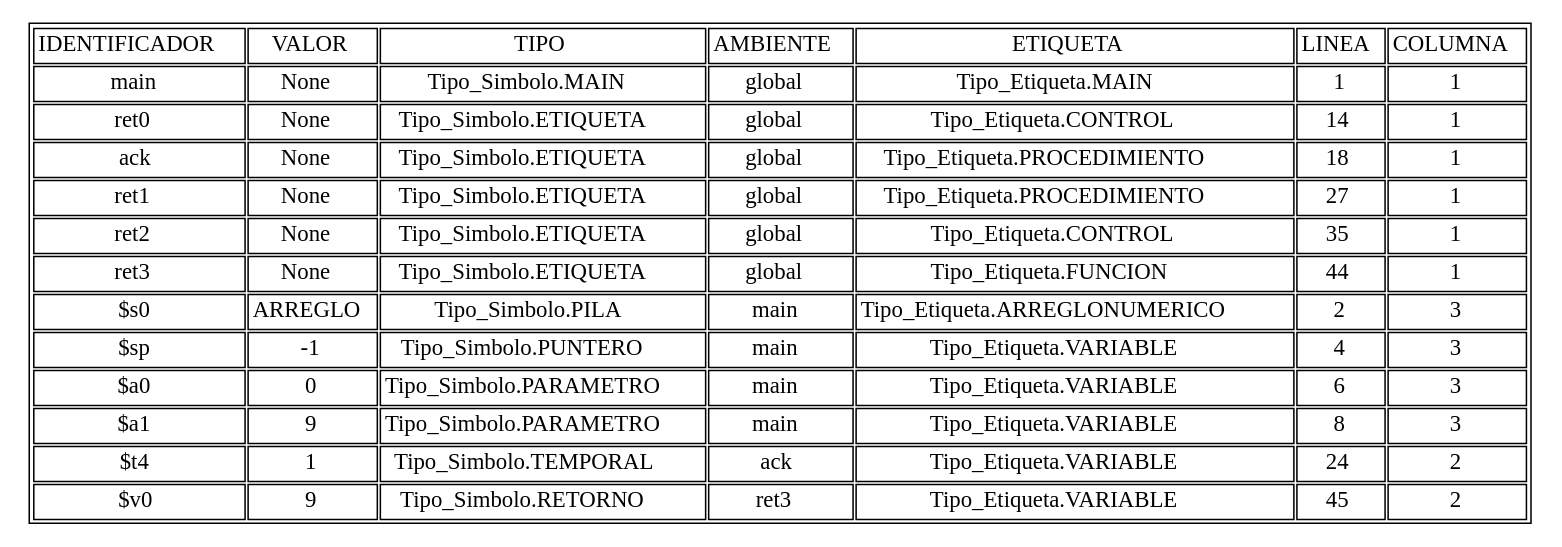
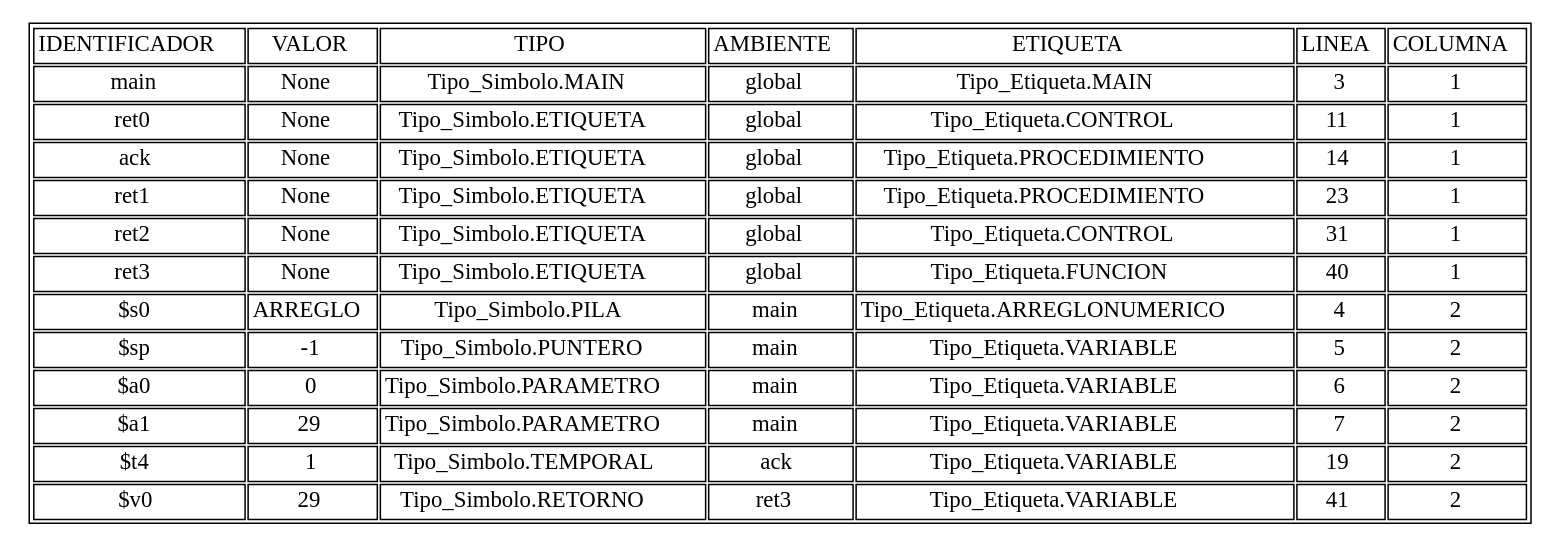
One commit to AndreeAvalos/OLC2-AUGUS changed the diagram in tablasimbolos.dot. Above: the diagram before and after it, drawn with Graphviz. The commit also changed 15 other files, not shown here.

```diff
--- a/tablasimbolos.dot
+++ b/tablasimbolos.dot
@@ -1,20 +1,20 @@
 digraph tabla{
 graph [ratio=fill];node [label="\N", fontsize=15, shape=plaintext];
 graph [bb="0,0,352,154"];
 arset [label=<<TABLE ALIGN="LEFT">
 <TR><TD>IDENTIFICADOR</TD><TD>VALOR</TD><TD>TIPO</TD><TD>AMBIENTE</TD><TD>ETIQUETA</TD><TD>LINEA</TD><TD>COLUMNA</TD></TR>
-<TR><TD>main</TD><TD>None</TD><TD>Tipo_Simbolo.MAIN</TD><TD>global</TD><TD>Tipo_Etiqueta.MAIN</TD><TD>1</TD><TD>1</TD></TR>
-<TR><TD>ret0</TD><TD>None</TD><TD>Tipo_Simbolo.ETIQUETA</TD><TD>global</TD><TD>Tipo_Etiqueta.CONTROL</TD><TD>14</TD><TD>1</TD></TR>
-<TR><TD>ack</TD><TD>None</TD><TD>Tipo_Simbolo.ETIQUETA</TD><TD>global</TD><TD>Tipo_Etiqueta.PROCEDIMIENTO</TD><TD>18</TD><TD>1</TD></TR>
-<TR><TD>ret1</TD><TD>None</TD><TD>Tipo_Simbolo.ETIQUETA</TD><TD>global</TD><TD>Tipo_Etiqueta.PROCEDIMIENTO</TD><TD>27</TD><TD>1</TD></TR>
-<TR><TD>ret2</TD><TD>None</TD><TD>Tipo_Simbolo.ETIQUETA</TD><TD>global</TD><TD>Tipo_Etiqueta.CONTROL</TD><TD>35</TD><TD>1</TD></TR>
-<TR><TD>ret3</TD><TD>None</TD><TD>Tipo_Simbolo.ETIQUETA</TD><TD>global</TD><TD>Tipo_Etiqueta.FUNCION</TD><TD>44</TD><TD>1</TD></TR>
-<TR><TD>$s0</TD><TD>ARREGLO</TD><TD>Tipo_Simbolo.PILA</TD><TD>main</TD><TD>Tipo_Etiqueta.ARREGLONUMERICO</TD><TD>2</TD><TD>3</TD></TR>
-<TR><TD>$sp</TD><TD>-1</TD><TD>Tipo_Simbolo.PUNTERO</TD><TD>main</TD><TD>Tipo_Etiqueta.VARIABLE</TD><TD>4</TD><TD>3</TD></TR>
-<TR><TD>$a0</TD><TD>0</TD><TD>Tipo_Simbolo.PARAMETRO</TD><TD>main</TD><TD>Tipo_Etiqueta.VARIABLE</TD><TD>6</TD><TD>3</TD></TR>
-<TR><TD>$a1</TD><TD>9</TD><TD>Tipo_Simbolo.PARAMETRO</TD><TD>main</TD><TD>Tipo_Etiqueta.VARIABLE</TD><TD>8</TD><TD>3</TD></TR>
-<TR><TD>$t4</TD><TD>1</TD><TD>Tipo_Simbolo.TEMPORAL</TD><TD>ack</TD><TD>Tipo_Etiqueta.VARIABLE</TD><TD>24</TD><TD>2</TD></TR>
-<TR><TD>$v0</TD><TD>9</TD><TD>Tipo_Simbolo.RETORNO</TD><TD>ret3</TD><TD>Tipo_Etiqueta.VARIABLE</TD><TD>45</TD><TD>2</TD></TR>
+<TR><TD>main</TD><TD>None</TD><TD>Tipo_Simbolo.MAIN</TD><TD>global</TD><TD>Tipo_Etiqueta.MAIN</TD><TD>3</TD><TD>1</TD></TR>
+<TR><TD>ret0</TD><TD>None</TD><TD>Tipo_Simbolo.ETIQUETA</TD><TD>global</TD><TD>Tipo_Etiqueta.CONTROL</TD><TD>11</TD><TD>1</TD></TR>
+<TR><TD>ack</TD><TD>None</TD><TD>Tipo_Simbolo.ETIQUETA</TD><TD>global</TD><TD>Tipo_Etiqueta.PROCEDIMIENTO</TD><TD>14</TD><TD>1</TD></TR>
+<TR><TD>ret1</TD><TD>None</TD><TD>Tipo_Simbolo.ETIQUETA</TD><TD>global</TD><TD>Tipo_Etiqueta.PROCEDIMIENTO</TD><TD>23</TD><TD>1</TD></TR>
+<TR><TD>ret2</TD><TD>None</TD><TD>Tipo_Simbolo.ETIQUETA</TD><TD>global</TD><TD>Tipo_Etiqueta.CONTROL</TD><TD>31</TD><TD>1</TD></TR>
+<TR><TD>ret3</TD><TD>None</TD><TD>Tipo_Simbolo.ETIQUETA</TD><TD>global</TD><TD>Tipo_Etiqueta.FUNCION</TD><TD>40</TD><TD>1</TD></TR>
+<TR><TD>$s0</TD><TD>ARREGLO</TD><TD>Tipo_Simbolo.PILA</TD><TD>main</TD><TD>Tipo_Etiqueta.ARREGLONUMERICO</TD><TD>4</TD><TD>2</TD></TR>
+<TR><TD>$sp</TD><TD>-1</TD><TD>Tipo_Simbolo.PUNTERO</TD><TD>main</TD><TD>Tipo_Etiqueta.VARIABLE</TD><TD>5</TD><TD>2</TD></TR>
+<TR><TD>$a0</TD><TD>0</TD><TD>Tipo_Simbolo.PARAMETRO</TD><TD>main</TD><TD>Tipo_Etiqueta.VARIABLE</TD><TD>6</TD><TD>2</TD></TR>
+<TR><TD>$a1</TD><TD>29</TD><TD>Tipo_Simbolo.PARAMETRO</TD><TD>main</TD><TD>Tipo_Etiqueta.VARIABLE</TD><TD>7</TD><TD>2</TD></TR>
+<TR><TD>$t4</TD><TD>1</TD><TD>Tipo_Simbolo.TEMPORAL</TD><TD>ack</TD><TD>Tipo_Etiqueta.VARIABLE</TD><TD>19</TD><TD>2</TD></TR>
+<TR><TD>$v0</TD><TD>29</TD><TD>Tipo_Simbolo.RETORNO</TD><TD>ret3</TD><TD>Tipo_Etiqueta.VARIABLE</TD><TD>41</TD><TD>2</TD></TR>
 </TABLE>
 >, ];
 }
```
